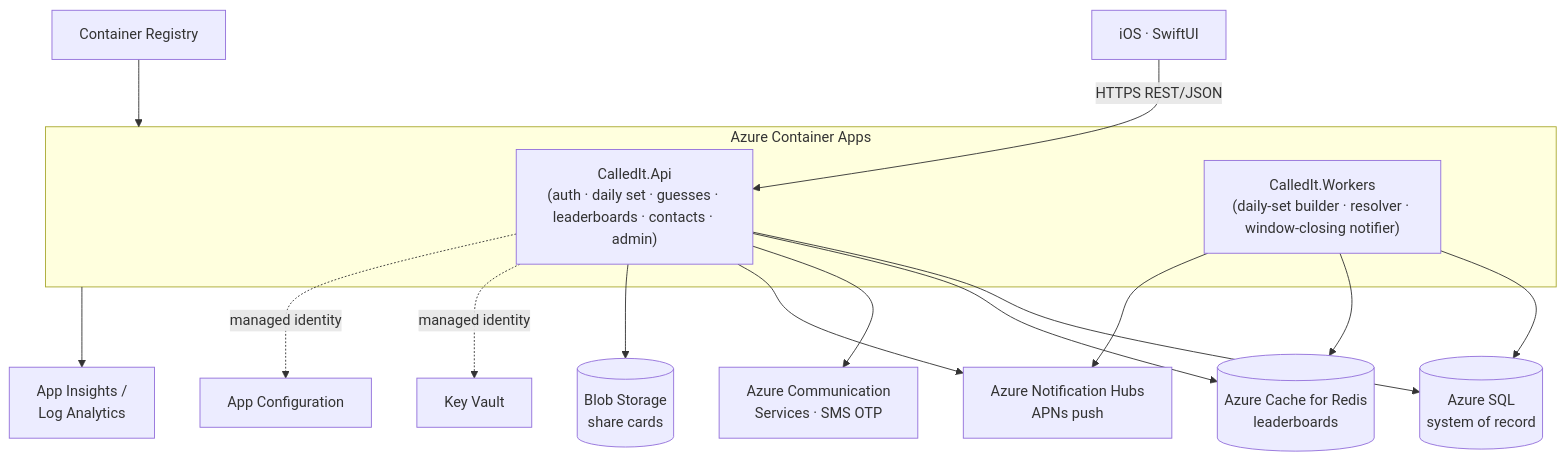
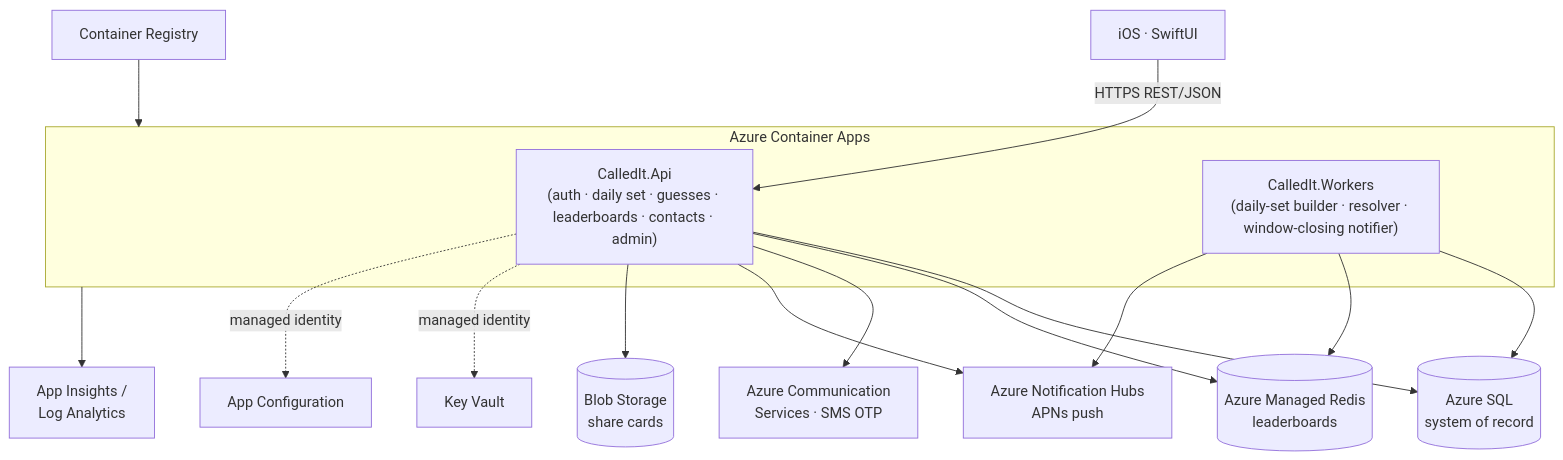
One commit to CallMeGreg/called-it changed the diagram in README.md. Above: the diagram before and after it, drawn with Mermaid. The commit also changed other lines of this file and 6 other files, not shown here.

First line of the commit message:
Migrate Redis from retired classic cache to Azure Managed Redis

````diff
--- a/README.md
+++ b/README.md
@@ -47,24 +47,24 @@
 ```mermaid
 flowchart TB
     ios["iOS · SwiftUI"] -->|HTTPS REST/JSON| api
 
     subgraph aca["Azure Container Apps"]
         api["CalledIt.Api<br/>(auth · daily set · guesses · leaderboards · contacts · admin)"]
         wrk["CalledIt.Workers<br/>(daily-set builder · resolver · window-closing notifier)"]
     end
 
     api --> sql[("Azure SQL<br/>system of record")]
     wrk --> sql
-    api --> redis[("Azure Cache for Redis<br/>leaderboards")]
+    api --> redis[("Azure Managed Redis<br/>leaderboards")]
     wrk --> redis
     api --> acs["Azure Communication<br/>Services · SMS OTP"]
     wrk --> nh["Azure Notification Hubs<br/>APNs push"]
     api --> nh
     api --> blob[("Blob Storage<br/>share cards")]
 
     api -.->|managed identity| kv["Key Vault"]
     api -.->|managed identity| appcfg["App Configuration"]
     aca --> ai["App Insights /<br/>Log Analytics"]
 
     acr["Container Registry"] --> aca
 ```
````
